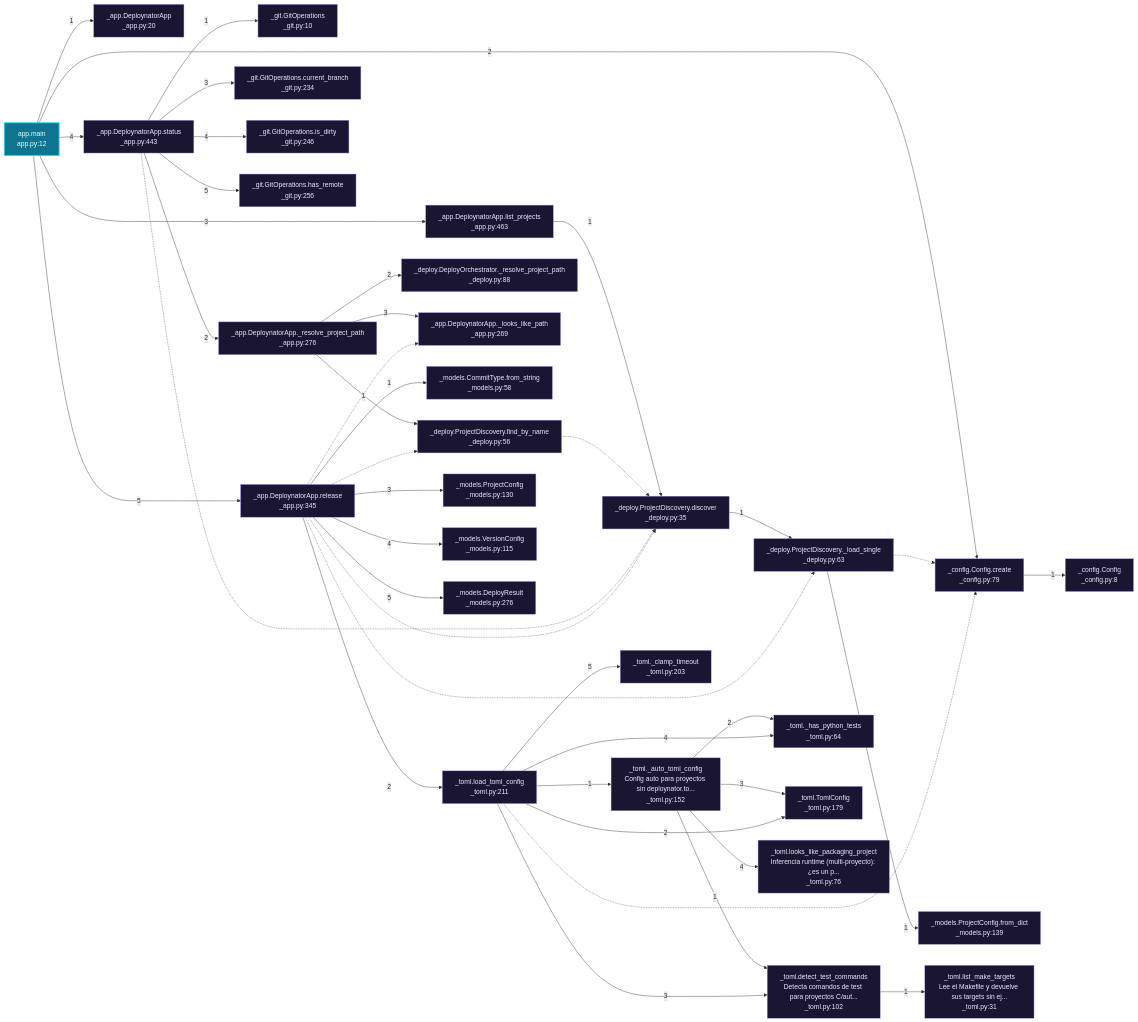
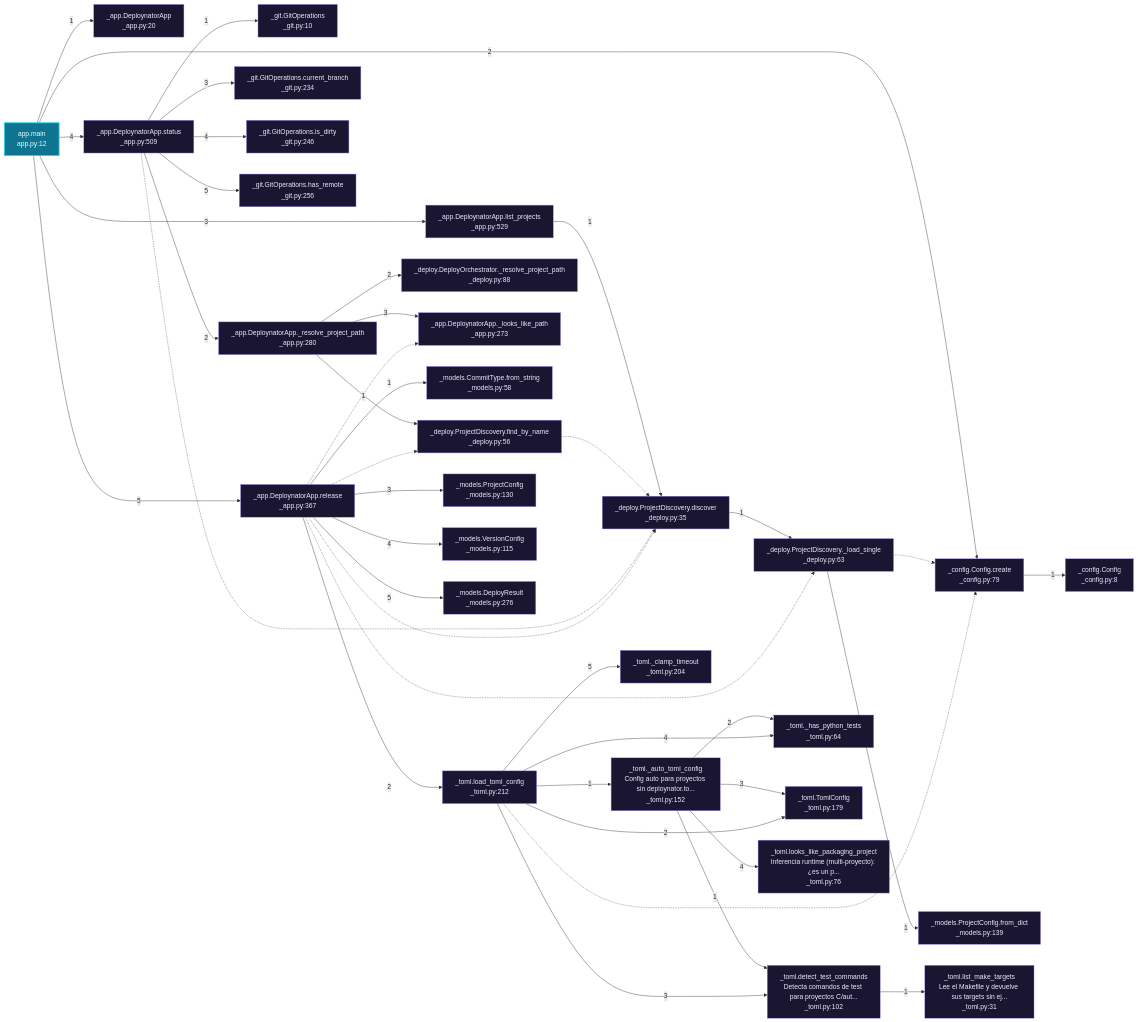
Before and after one commit to grisuno/deploynator: the third of 9 diagrams in readmenator-apidocs/architecture.md, drawn with Mermaid. The commit also changed other lines of this file and 86 other files, not shown here.

````diff
--- a/readmenator-apidocs/architecture.md
+++ b/readmenator-apidocs/architecture.md
@@ -79,75 +79,75 @@
 ```mermaid
 flowchart LR
     classDef entry fill:#0e7490,stroke:#22d3ee,color:#ecfeff,stroke-width:2px;
     classDef external fill:#1a1530,stroke:#a78bfa,color:#ede9fe;
     n_app_py__main["app.main<br/>app.py:12"]:::entry
     n_deploynator__app_py__DeploynatorApp["_app.DeploynatorApp<br/>_app.py:20"]:::external
     n_deploynator__config_py__create["_config.Config.create<br/>_config.py:79"]:::external
     n_deploynator__config_py__Config["_config.Config<br/>_config.py:8"]:::external
-    n_deploynator__app_py__list_projects["_app.DeploynatorApp.list_projects<br/>_app.py:463"]:::external
+    n_deploynator__app_py__list_projects["_app.DeploynatorApp.list_projects<br/>_app.py:529"]:::external
     n_deploynator__deploy_py__discover["_deploy.ProjectDiscovery.discover<br/>_deploy.py:35"]:::external
     n_deploynator__deploy_py___load_single["_deploy.ProjectDiscovery._load_single<br/>_deploy.py:63"]:::external
     n_deploynator__models_py__from_dict_139["_models.ProjectConfig.from_dict<br/>_models.py:139"]:::external
-    n_deploynator__app_py__status["_app.DeploynatorApp.status<br/>_app.py:443"]:::external
+    n_deploynator__app_py__status["_app.DeploynatorApp.status<br/>_app.py:509"]:::external
     n_deploynator__git_py__GitOperations["_git.GitOperations<br/>_git.py:10"]:::external
-    n_deploynator__app_py___resolve_project_path["_app.DeploynatorApp._resolve_project_path<br/>_app.py:276"]:::external
+    n_deploynator__app_py___resolve_project_path["_app.DeploynatorApp._resolve_project_path<br/>_app.py:280"]:::external
     n_deploynator__deploy_py__find_by_name["_deploy.ProjectDiscovery.find_by_name<br/>_deploy.py:56"]:::external
     n_deploynator__deploy_py___resolve_project_path["_deploy.DeployOrchestrator._resolve_project_path<br/>_deploy.py:88"]:::external
-    n_deploynator__app_py___looks_like_path["_app.DeploynatorApp._looks_like_path<br/>_app.py:269"]:::external
+    n_deploynator__app_py___looks_like_path["_app.DeploynatorApp._looks_like_path<br/>_app.py:273"]:::external
     n_deploynator__git_py__current_branch["_git.GitOperations.current_branch<br/>_git.py:234"]:::external
     n_deploynator__git_py__is_dirty["_git.GitOperations.is_dirty<br/>_git.py:246"]:::external
     n_deploynator__git_py__has_remote["_git.GitOperations.has_remote<br/>_git.py:256"]:::external
-    n_deploynator__app_py__release["_app.DeploynatorApp.release<br/>_app.py:345"]:::external
+    n_deploynator__app_py__release["_app.DeploynatorApp.release<br/>_app.py:367"]:::external
     n_deploynator__models_py__from_string_58["_models.CommitType.from_string<br/>_models.py:58"]:::external
-    n_deploynator__toml_py__load_toml_config["_toml.load_toml_config<br/>_toml.py:211"]:::external
+    n_deploynator__toml_py__load_toml_config["_toml.load_toml_config<br/>_toml.py:212"]:::external
     n_deploynator__toml_py___auto_toml_config["_toml._auto_toml_config<br/>Config auto para proyectos sin deploynator.to...<br/>_toml.py:152"]:::external
     n_deploynator__toml_py__detect_test_commands["_toml.detect_test_commands<br/>Detecta comandos de test para proyectos C/aut...<br/>_toml.py:102"]:::external
     n_deploynator__toml_py___has_python_tests["_toml._has_python_tests<br/>_toml.py:64"]:::external
     n_deploynator__toml_py__TomlConfig["_toml.TomlConfig<br/>_toml.py:179"]:::external
     n_deploynator__toml_py__looks_like_packaging_project["_toml.looks_like_packaging_project<br/>Inferencia runtime (multi-proyecto): ¿es un p...<br/>_toml.py:76"]:::external
     n_deploynator__toml_py__list_make_targets["_toml.list_make_targets<br/>Lee el Makefile y devuelve sus targets sin ej...<br/>_toml.py:31"]:::external
-    n_deploynator__toml_py___clamp_timeout["_toml._clamp_timeout<br/>_toml.py:203"]:::external
+    n_deploynator__toml_py___clamp_timeout["_toml._clamp_timeout<br/>_toml.py:204"]:::external
     n_deploynator__models_py__ProjectConfig["_models.ProjectConfig<br/>_models.py:130"]:::external
     n_deploynator__models_py__VersionConfig["_models.VersionConfig<br/>_models.py:115"]:::external
     n_deploynator__models_py__DeployResult["_models.DeployResult<br/>_models.py:276"]:::external
     n_app_py__main -->|"1"| n_deploynator__app_py__DeploynatorApp
     n_app_py__main -->|"2"| n_deploynator__config_py__create
     n_deploynator__config_py__create -->|"1"| n_deploynator__config_py__Config
     n_app_py__main -->|"3"| n_deploynator__app_py__list_projects
     n_deploynator__app_py__list_projects -->|"1"| n_deploynator__deploy_py__discover
     n_deploynator__deploy_py__discover -->|"1"| n_deploynator__deploy_py___load_single
     n_deploynator__deploy_py___load_single -.-> n_deploynator__config_py__create
     n_deploynator__deploy_py___load_single -->|"1"| n_deploynator__models_py__from_dict_139
     n_app_py__main -->|"4"| n_deploynator__app_py__status
     n_deploynator__app_py__status -->|"1"| n_deploynator__git_py__GitOperations
     n_deploynator__app_py__status -->|"2"| n_deploynator__app_py___resolve_project_path
     n_deploynator__app_py___resolve_project_path -->|"1"| n_deploynator__deploy_py__find_by_name
     n_deploynator__deploy_py__find_by_name -.-> n_deploynator__deploy_py__discover
     n_deploynator__app_py___resolve_project_path -->|"2"| n_deploynator__deploy_py___resolve_project_path
     n_deploynator__app_py___resolve_project_path -->|"3"| n_deploynator__app_py___looks_like_path
     n_deploynator__app_py__status -->|"3"| n_deploynator__git_py__current_branch
     n_deploynator__app_py__status -->|"4"| n_deploynator__git_py__is_dirty
     n_deploynator__app_py__status -->|"5"| n_deploynator__git_py__has_remote
     n_deploynator__app_py__status -.-> n_deploynator__deploy_py__discover
     n_app_py__main -->|"5"| n_deploynator__app_py__release
     n_deploynator__app_py__release -->|"1"| n_deploynator__models_py__from_string_58
     n_deploynator__app_py__release -.-> n_deploynator__deploy_py__discover
     n_deploynator__app_py__release -.-> n_deploynator__deploy_py__find_by_name
     n_deploynator__app_py__release -.-> n_deploynator__app_py___looks_like_path
     n_deploynator__app_py__release -->|"2"| n_deploynator__toml_py__load_toml_config
     n_deploynator__toml_py__load_toml_config -->|"1"| n_deploynator__toml_py___auto_toml_config
     n_deploynator__toml_py___auto_toml_config -->|"1"| n_deploynator__toml_py__detect_test_commands
     n_deploynator__toml_py___auto_toml_config -->|"2"| n_deploynator__toml_py___has_python_tests
     n_deploynator__toml_py___auto_toml_config -->|"3"| n_deploynator__toml_py__TomlConfig
     n_deploynator__toml_py___auto_toml_config -->|"4"| n_deploynator__toml_py__looks_like_packaging_project
     n_deploynator__toml_py__load_toml_config -->|"2"| n_deploynator__toml_py__TomlConfig
     n_deploynator__toml_py__load_toml_config -.-> n_deploynator__config_py__create
     n_deploynator__toml_py__load_toml_config -->|"3"| n_deploynator__toml_py__detect_test_commands
     n_deploynator__toml_py__detect_test_commands -->|"1"| n_deploynator__toml_py__list_make_targets
     n_deploynator__toml_py__load_toml_config -->|"4"| n_deploynator__toml_py___has_python_tests
     n_deploynator__toml_py__load_toml_config -->|"5"| n_deploynator__toml_py___clamp_timeout
     n_deploynator__app_py__release -->|"3"| n_deploynator__models_py__ProjectConfig
     n_deploynator__app_py__release -->|"4"| n_deploynator__models_py__VersionConfig
     n_deploynator__app_py__release -.-> n_deploynator__deploy_py___load_single
     n_deploynator__app_py__release -->|"5"| n_deploynator__models_py__DeployResult
 ```
````
